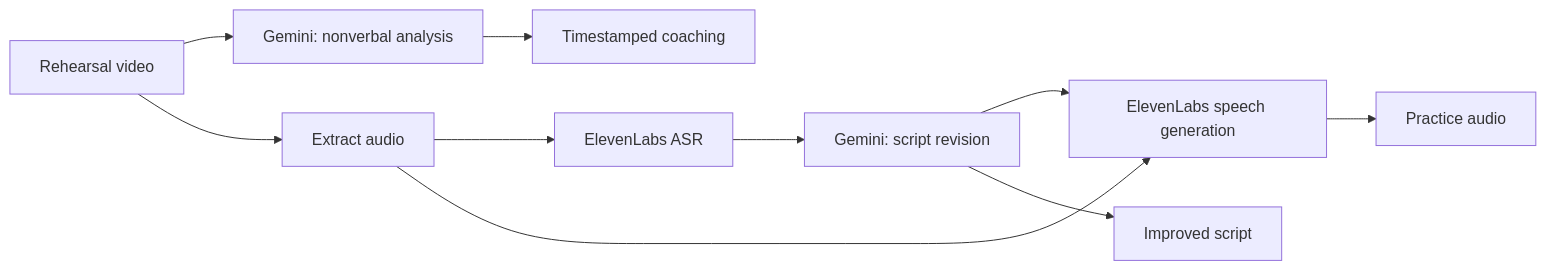
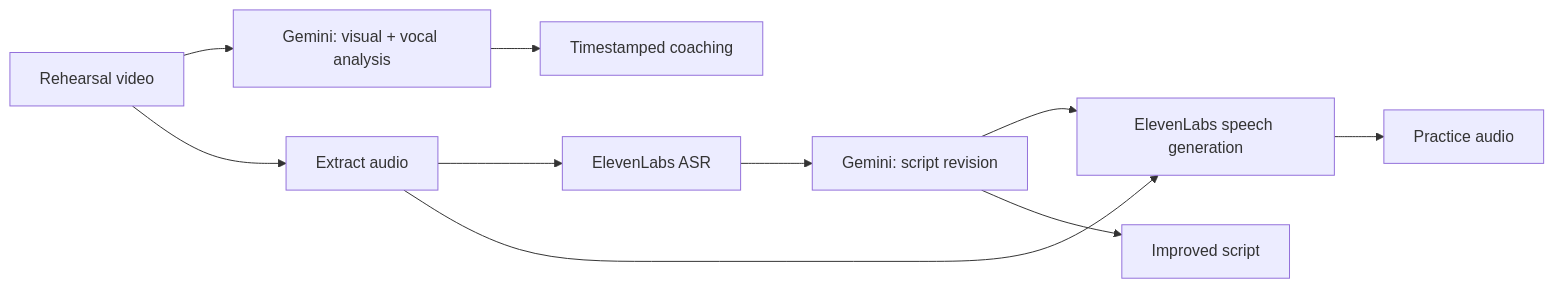
The diagram in README.md (ccho4702/hackCMU), drawn with Mermaid before and after one commit. The commit also changed other lines of this file and 5 other files, not shown here.

Commit message:
Analyze vocal delivery alongside visual presentation feedback

````diff
--- a/README.md
+++ b/README.md
@@ -29,12 +29,12 @@
 ```mermaid
 flowchart LR
-    A[Rehearsal video] --> B[Gemini: nonverbal analysis]
+    A[Rehearsal video] --> B[Gemini: visual + vocal analysis]
     A --> D[Extract audio]
     D --> I[ElevenLabs ASR]
     I --> C[Gemini: script revision]
     C --> E[ElevenLabs speech generation]
     D --> E
     B --> F[Timestamped coaching]
     C --> G[Improved script]
     E --> H[Practice audio]
 ```
````
